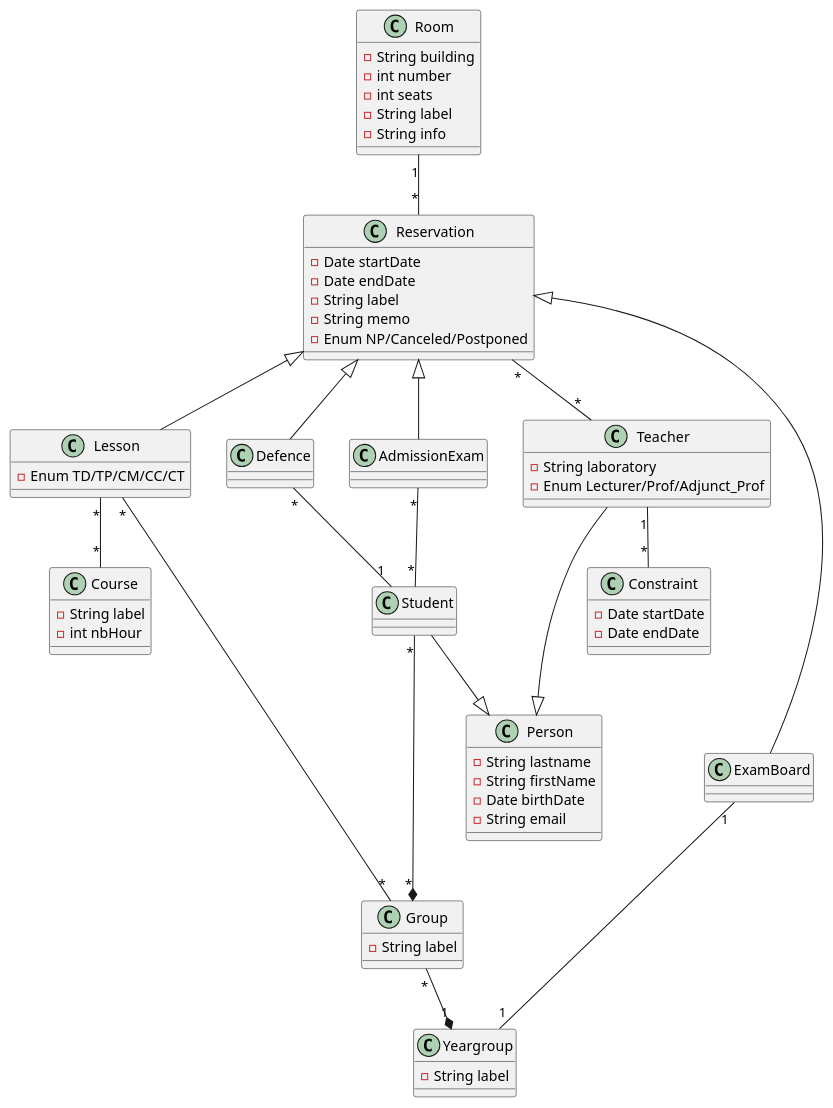
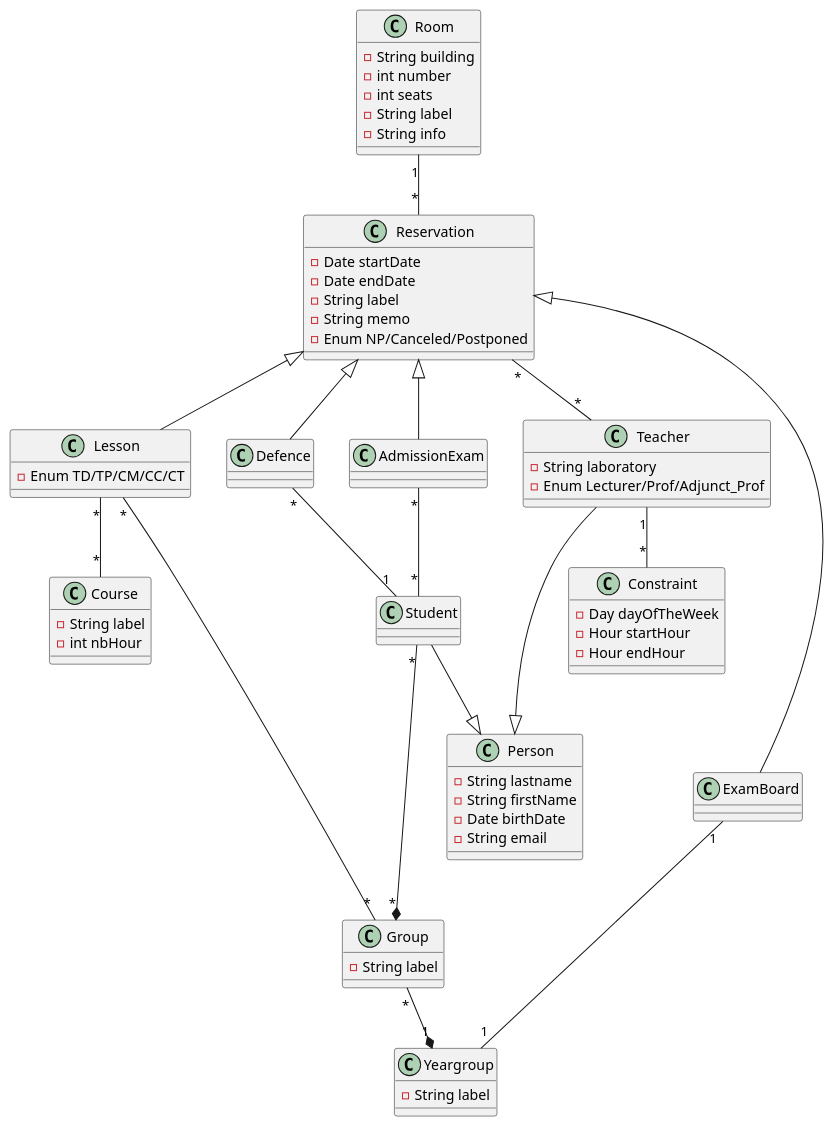
One commit to El-Sashok/UltraPlanning changed the diagram in ClassDiagram.iuml. Above: the diagram before and after it, drawn with PlantUML.

Commit message:
Updates constraint

```diff
--- a/ClassDiagram.iuml
+++ b/ClassDiagram.iuml
@@ -1,91 +1,92 @@
 @startuml
 
 class Room {
     -String building
     -int number
     -int seats
     -String label
     -String info
 }
 
 class Lesson {
     -Enum TD/TP/CM/CC/CT
 }
 
 class Person {
     -String lastname
     -String firstName
     -Date birthDate
     -String email
 }
 
 class Yeargroup {
     -String label
 }
 
 class Course {
     -String label
     -int nbHour
 }
 
 class Constraint {
-    -Date startDate
-    -Date endDate
+    -Day dayOfTheWeek
+    -Hour startHour
+    -Hour endHour
 }
 
 class Group {
     -String label
 }
 
 class Student
 
 class Teacher {
     -String laboratory
     -Enum Lecturer/Prof/Adjunct_Prof
 }
 
 class Reservation {
     -Date startDate
     -Date endDate
     -String label
     -String memo
     -Enum NP/Canceled/Postponed
 }
 
 class ExamBoard
 
 class AdmissionExam 
 
 Room "1" -- "*" Reservation
 
 Student "*" --* "*" Group
 
 Group "*" --* "1" Yeargroup 
 
 Lesson "*" ---- "*" Group
 
 Lesson "*" -- "*" Course
 
 Teacher "1" -- "*" Constraint
 
 Lesson -up-|> Reservation
 
 Defence -up-|> Reservation
 
 ExamBoard -up-|> Reservation
 
 AdmissionExam -up-|> Reservation
 
 Student --|> Person
 
 Teacher --|> Person
 
 AdmissionExam "*" -- "*" Student
 
 Reservation "*" -- "*" Teacher
 
 ExamBoard "1" -- "1" Yeargroup
 
 Defence "*" -- "1" Student
 
 @enduml
```
